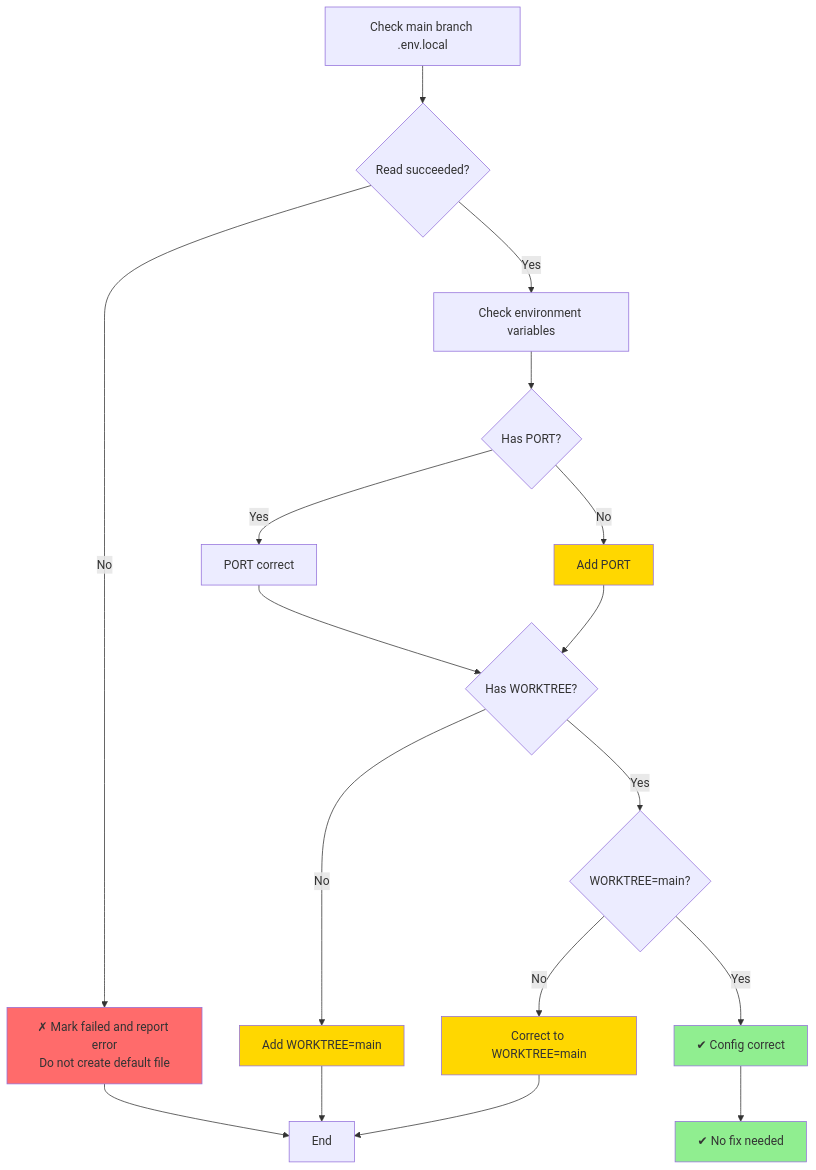
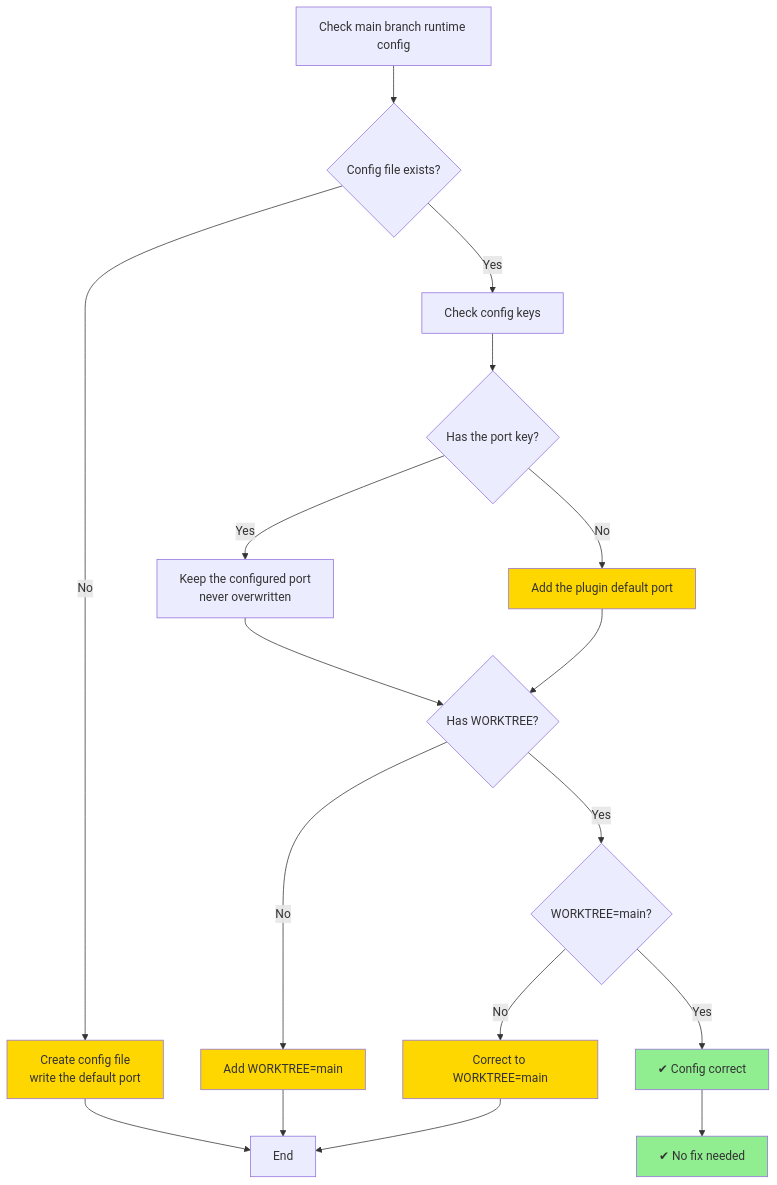
Before and after one commit to colin-han/colyn: the second of 4 diagrams in docs/en/develop/design/commands/design-repair-command.md, drawn with Mermaid. The commit also changed other lines of this file and 18 other files, not shown here.

````diff
--- a/docs/en/develop/design/commands/design-repair-command.md
+++ b/docs/en/develop/design/commands/design-repair-command.md
@@ -210,33 +223,33 @@
 ```mermaid
 graph TD
-    Start[Check main branch .env.local] --> ReadFile{Read succeeded?}
+    Start[Check main branch runtime config] --> ReadFile{Config file exists?}
 
-    ReadFile -->|No| ReadFail[✗ Mark failed and report error<br/>Do not create default file]
-    ReadFile -->|Yes| CheckVars[Check environment variables]
+    ReadFile -->|No| Create[Create config file<br/>write the default port]
+    ReadFile -->|Yes| CheckVars[Check config keys]
 
-    ReadFail --> End
+    Create --> End
 
-    CheckVars --> HasPort{Has PORT?}
-    HasPort -->|No| AddPort[Add PORT]
-    HasPort -->|Yes| PortOK[PORT correct]
+    CheckVars --> HasPort{Has the port key?}
+    HasPort -->|No| AddPort[Add the plugin default port]
+    HasPort -->|Yes| PortOK[Keep the configured port<br/>never overwritten]
 
     PortOK --> HasWT{Has WORKTREE?}
     AddPort --> HasWT
 
     HasWT -->|No| AddWT[Add WORKTREE=main]
     HasWT -->|Yes| WTValue{WORKTREE=main?}
 
     WTValue -->|No| FixWT[Correct to WORKTREE=main]
     WTValue -->|Yes| AllOK[✔ Config correct]
 
     AddWT --> End
     FixWT --> End
     AllOK --> End2[✔ No fix needed]
 
-    style ReadFail fill:#FF6B6B
+    style Create fill:#FFD700
     style AddPort fill:#FFD700
     style AddWT fill:#FFD700
     style FixWT fill:#FFD700
     style AllOK fill:#90EE90
     style End2 fill:#90EE90
 ```
````
